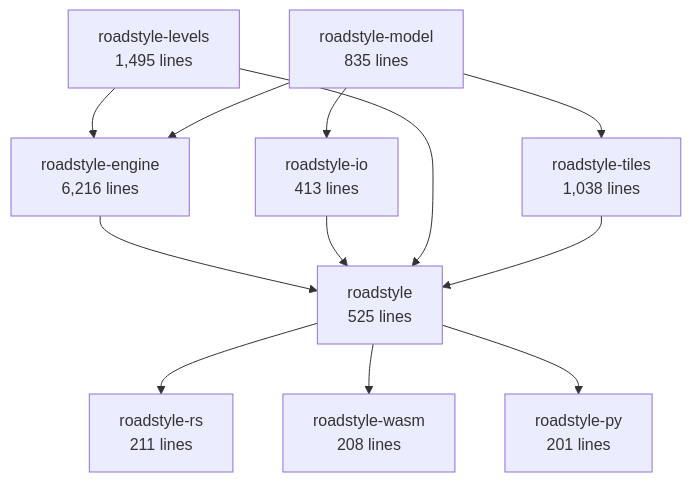
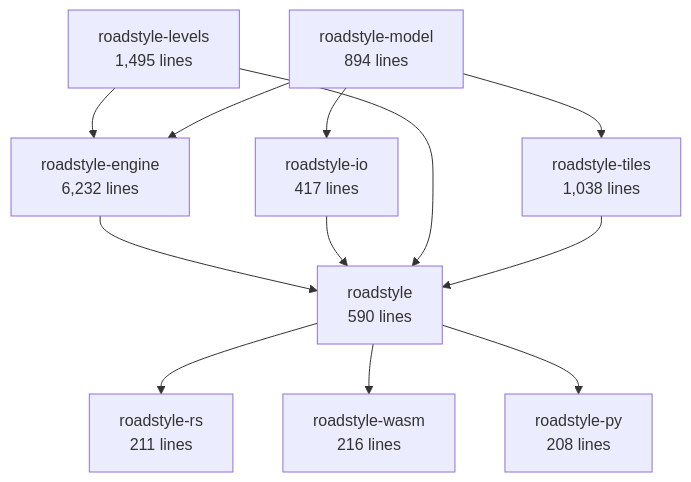
The second of 6 diagrams in docs/rust/architecture.md (Khoshkhah/roadstyle), drawn with Mermaid before and after one commit. The commit also changed other lines of this file, not shown here.

Commit message:
docs: the architecture page made again from the code (the road table)

````diff
--- a/docs/rust/architecture.md
+++ b/docs/rust/architecture.md
@@ -69,23 +69,23 @@
 ```mermaid
 flowchart TB
-    roadstyle_model["roadstyle-model<br/>835 lines"]
-    roadstyle_io["roadstyle-io<br/>413 lines"]
+    roadstyle_model["roadstyle-model<br/>894 lines"]
+    roadstyle_io["roadstyle-io<br/>417 lines"]
     roadstyle_levels["roadstyle-levels<br/>1,495 lines"]
-    roadstyle_engine["roadstyle-engine<br/>6,216 lines"]
+    roadstyle_engine["roadstyle-engine<br/>6,232 lines"]
     roadstyle_tiles["roadstyle-tiles<br/>1,038 lines"]
-    roadstyle["roadstyle<br/>525 lines"]
+    roadstyle["roadstyle<br/>590 lines"]
     roadstyle_rs["roadstyle-rs<br/>211 lines"]
-    roadstyle_wasm["roadstyle-wasm<br/>208 lines"]
-    roadstyle_py["roadstyle-py<br/>201 lines"]
+    roadstyle_wasm["roadstyle-wasm<br/>216 lines"]
+    roadstyle_py["roadstyle-py<br/>208 lines"]
     roadstyle_model --> roadstyle_io
     roadstyle_levels --> roadstyle_engine
     roadstyle_model --> roadstyle_engine
     roadstyle_model --> roadstyle_tiles
     roadstyle_engine --> roadstyle
     roadstyle_io --> roadstyle
     roadstyle_levels --> roadstyle
     roadstyle_tiles --> roadstyle
     roadstyle --> roadstyle_rs
     roadstyle --> roadstyle_wasm
     roadstyle --> roadstyle_py
 ```
````
